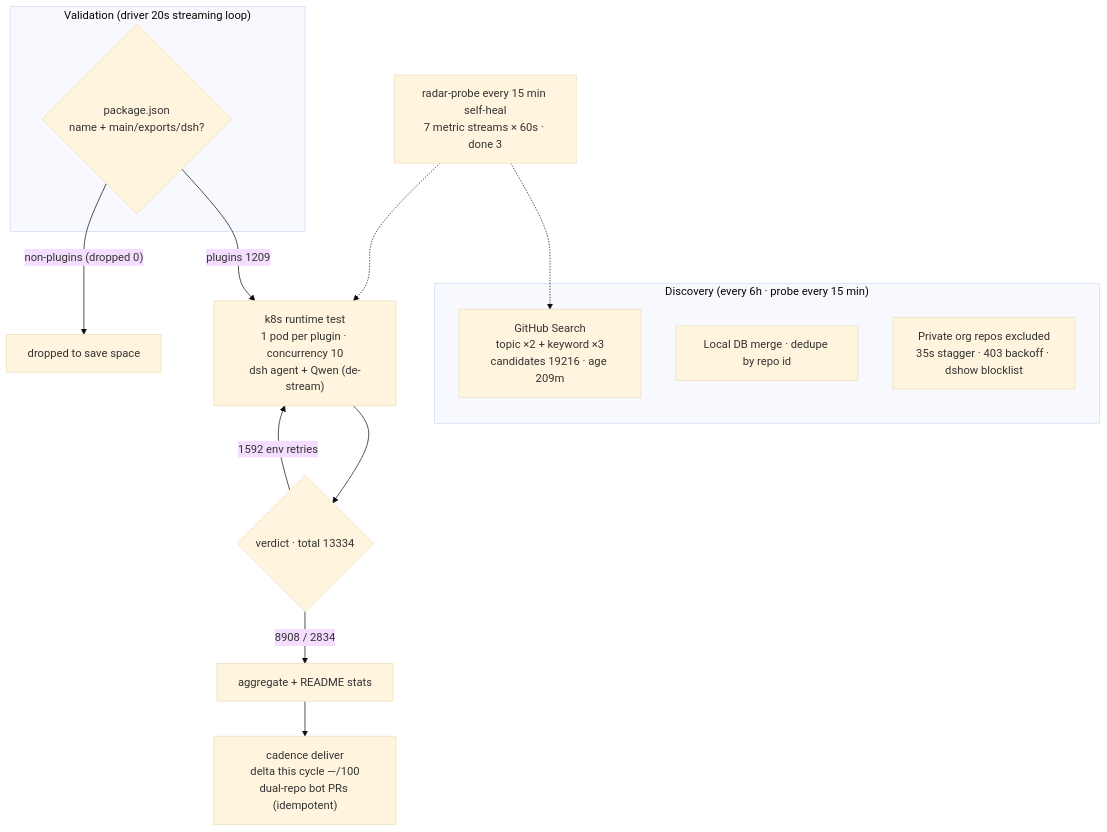
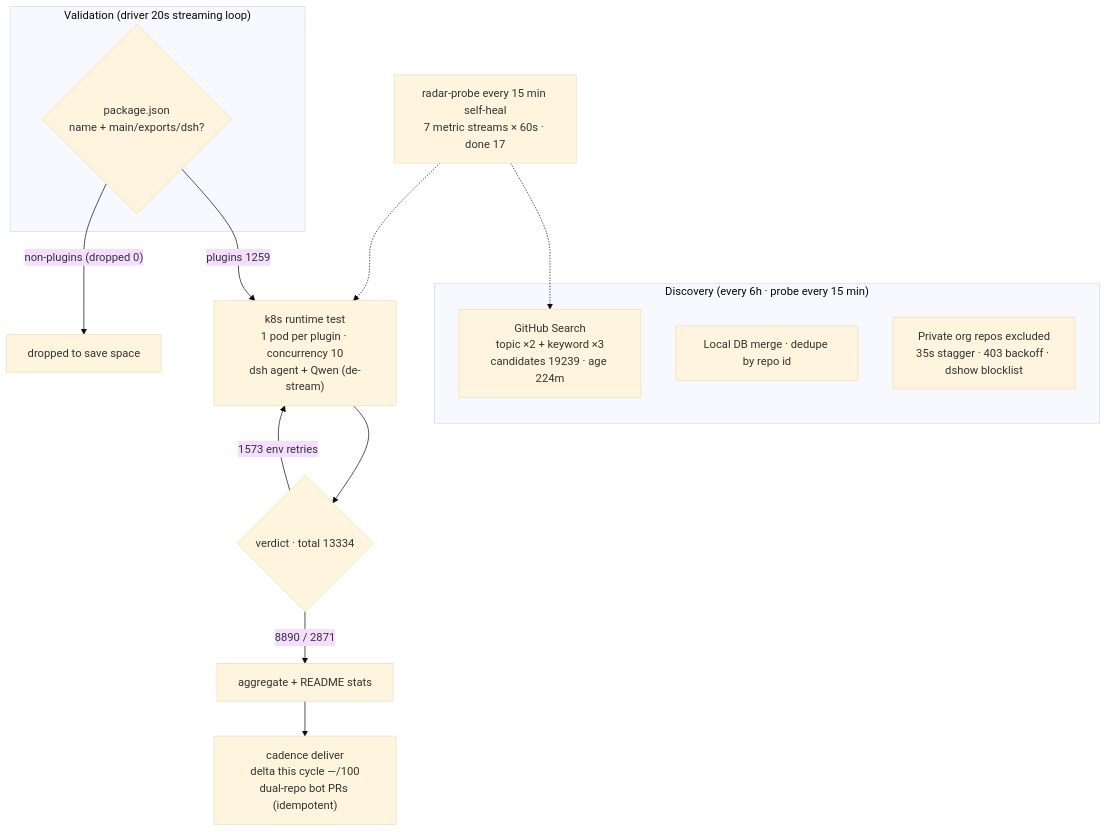
The diagram in README.en-US.md (Zhidao-Lab-OSS/awesome-dsh-plugins), drawn with Mermaid (base theme) before and after one commit. The commit also changed other lines of this file and 1 other file, not shown here.

````diff
--- a/README.en-US.md
+++ b/README.en-US.md
@@ -45,20 +45,20 @@
 ```mermaid
 flowchart TB
     subgraph Discovery["Discovery (every 6h · probe every 15 min)"]
-        A1["GitHub Search<br/>topic ×2 + keyword ×3<br/>candidates 19216 · age 209m"]
+        A1["GitHub Search<br/>topic ×2 + keyword ×3<br/>candidates 19239 · age 224m"]
         A2["Local DB merge · dedupe by repo id"]
         A3["Private org repos excluded<br/>35s stagger · 403 backoff · dshow blocklist"]
     end
     subgraph Validation["Validation (driver 20s streaming loop)"]
         B1{"package.json<br/>name + main/exports/dsh?"}
     end
-    B1 -->|"plugins 1209"| C1["k8s runtime test<br/>1 pod per plugin · concurrency 10<br/>dsh agent + Qwen (de-stream)"]
+    B1 -->|"plugins 1259"| C1["k8s runtime test<br/>1 pod per plugin · concurrency 10<br/>dsh agent + Qwen (de-stream)"]
     B1 -->|"non-plugins (dropped 0)"| B3["dropped to save space"]
     C1 --> D1{"verdict · total 13334"}
-    D1 -->|"8908 / 2834"| E1["aggregate + README stats"]
-    D1 -->|"1592 env retries"| C1
+    D1 -->|"8890 / 2871"| E1["aggregate + README stats"]
+    D1 -->|"1573 env retries"| C1
     E1 --> E2["cadence deliver<br/>delta this cycle —/100<br/>dual-repo bot PRs (idempotent)"]
-    M["radar-probe every 15 min self-heal<br/>7 metric streams × 60s · done 3"]
+    M["radar-probe every 15 min self-heal<br/>7 metric streams × 60s · done 17"]
     M -.-> A1
     M -.-> C1
 ```
````
